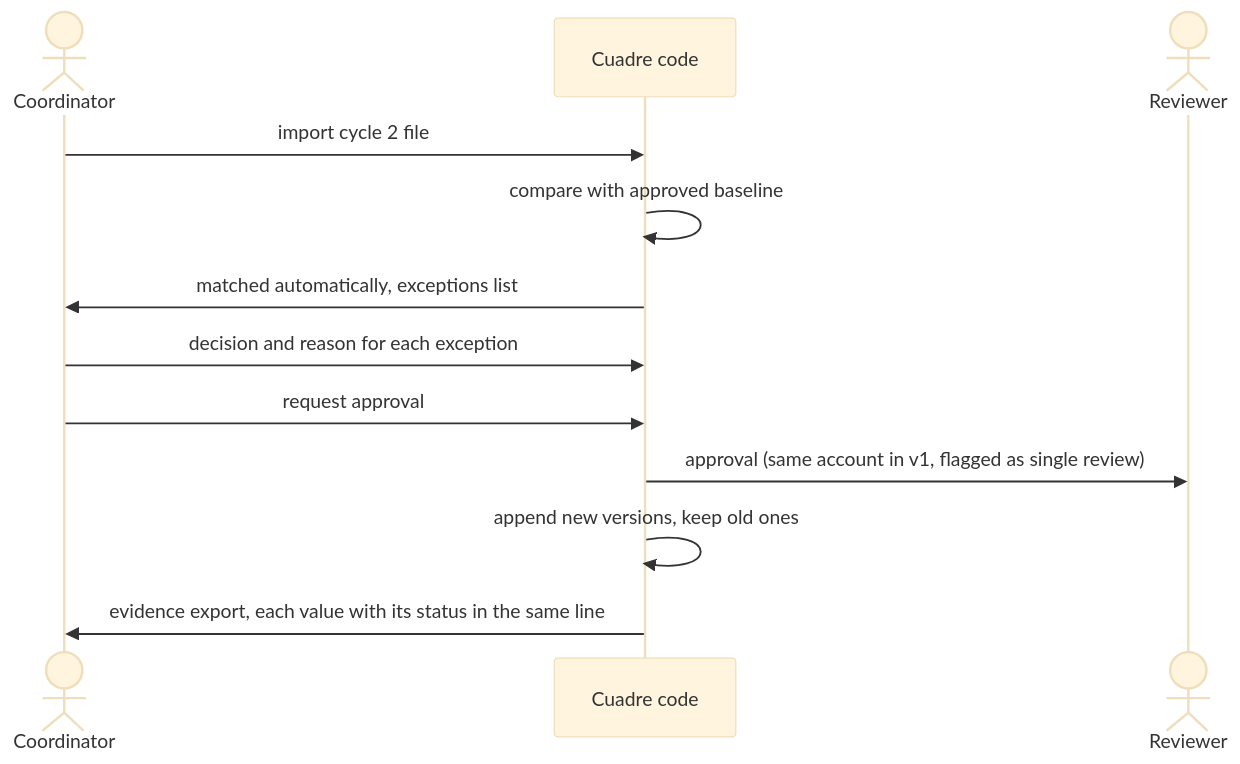
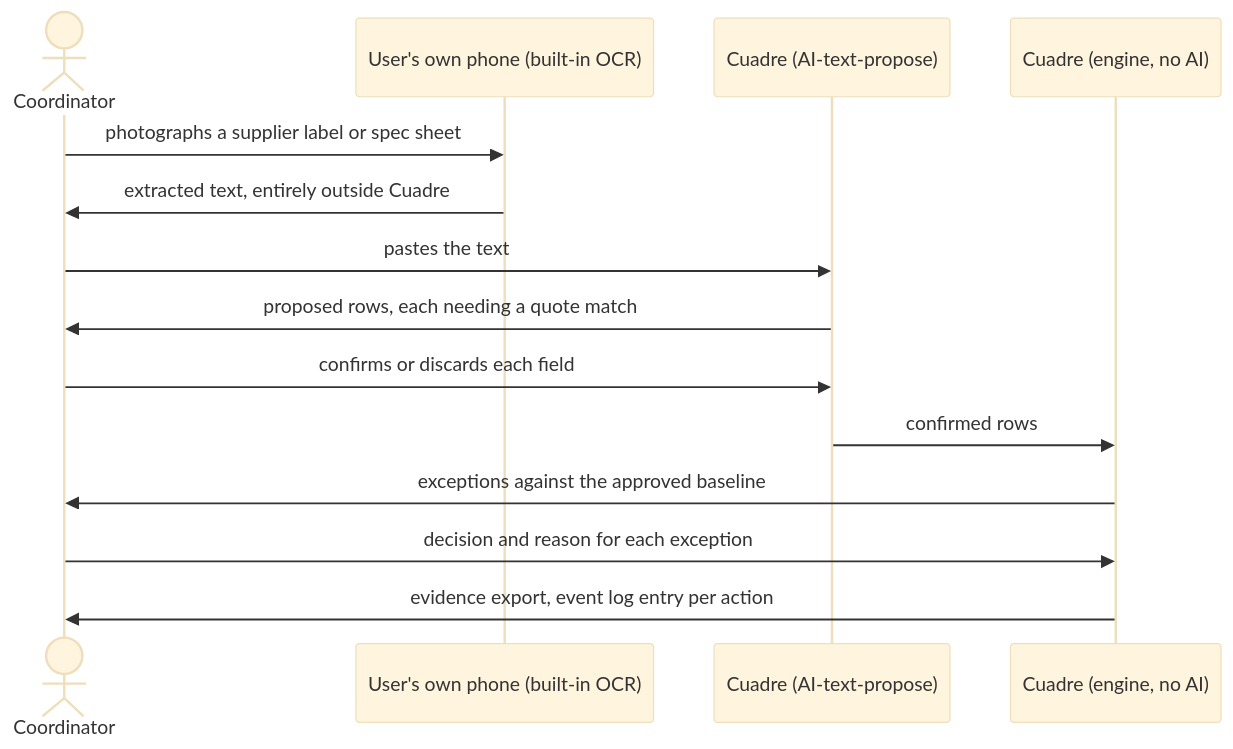
One commit to emiliogomezbuilds/cuadre changed the second of 2 diagrams in docs/PACKET.md. Above: the diagram before and after it, drawn with Mermaid (base theme). The commit also changed other lines of this file and 2 other files, not shown here.

Commit message:
Week 13 packet: scope cut to paste-text re-enable + event log, grounded in 5 real-user sessions

````diff
--- a/docs/PACKET.md
+++ b/docs/PACKET.md
@@ -63,14 +57,16 @@
 ```mermaid
 sequenceDiagram
-  actor K as Coordinator
-  participant C as Cuadre code
-  actor R as Reviewer
-  K->>C: import cycle 2 file
-  C->>C: compare with approved baseline
-  C->>K: matched automatically, exceptions list
-  K->>C: decision and reason for each exception
-  K->>C: request approval
-  C->>R: approval (same account in v1, flagged as single review)
-  C->>C: append new versions, keep old ones
-  C->>K: evidence export, each value with its status in the same line
+  actor U as Coordinator
+  participant P as User's own phone (built-in OCR)
+  participant C as Cuadre (AI-text-propose)
+  participant E as Cuadre (engine, no AI)
+  U->>P: photographs a supplier label or spec sheet
+  P->>U: extracted text, entirely outside Cuadre
+  U->>C: pastes the text
+  C->>U: proposed rows, each needing a quote match
+  U->>C: confirms or discards each field
+  C->>E: confirmed rows
+  E->>U: exceptions against the approved baseline
+  U->>E: decision and reason for each exception
+  E->>U: evidence export, event log entry per action
 ```
````
